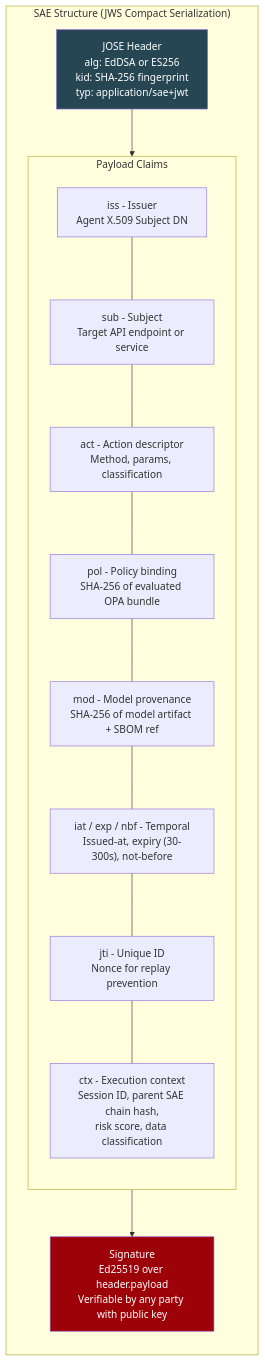
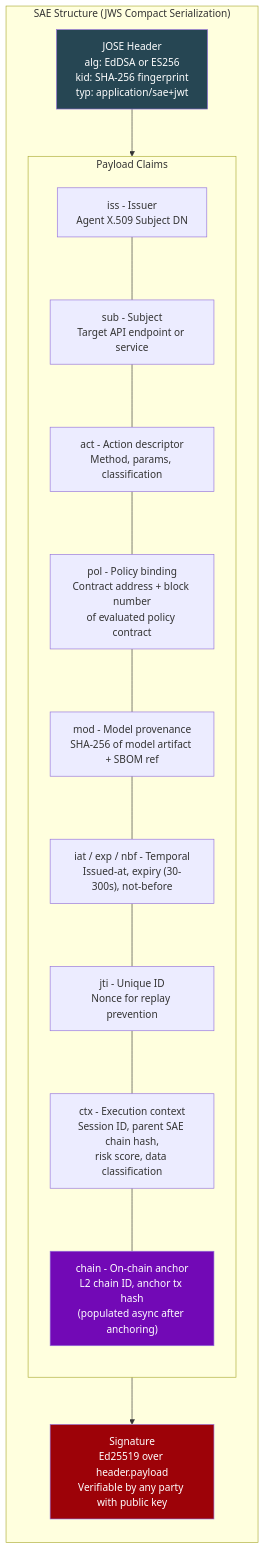
The seventh of 13 diagrams in cryptographic-trust-layer-thesis.md (kjayashr/cryptographic-trust-layer), drawn with Mermaid before and after one commit. The commit also changed other lines of this file, not shown here.

First line of the commit message:
Rewrite architecture to smart contract-based enforcement on Ethereum L2

````diff
--- a/cryptographic-trust-layer-thesis.md
+++ b/cryptographic-trust-layer-thesis.md
@@ -300,28 +319,30 @@
 ```mermaid
 graph TB
     subgraph "SAE Structure (JWS Compact Serialization)"
         direction TB
         HEADER["JOSE Header<br/>alg: EdDSA or ES256<br/>kid: SHA-256 fingerprint<br/>typ: application/sae+jwt"]
 
         subgraph "Payload Claims"
             direction TB
             C1["iss - Issuer<br/>Agent X.509 Subject DN"]
             C2["sub - Subject<br/>Target API endpoint or service"]
             C3["act - Action descriptor<br/>Method, params, classification"]
-            C4["pol - Policy binding<br/>SHA-256 of evaluated OPA bundle"]
+            C4["pol - Policy binding<br/>Contract address + block number<br/>of evaluated policy contract"]
             C5["mod - Model provenance<br/>SHA-256 of model artifact + SBOM ref"]
             C6["iat / exp / nbf - Temporal<br/>Issued-at, expiry (30-300s), not-before"]
             C7["jti - Unique ID<br/>Nonce for replay prevention"]
             C8["ctx - Execution context<br/>Session ID, parent SAE chain hash,<br/>risk score, data classification"]
+            C9["chain - On-chain anchor<br/>L2 chain ID, anchor tx hash<br/>(populated async after anchoring)"]
         end
 
         SIG["Signature<br/>Ed25519 over header.payload<br/>Verifiable by any party with public key"]
     end
 
     HEADER --> C1
-    C1 --- C2 --- C3 --- C4 --- C5 --- C6 --- C7 --- C8
-    C8 --> SIG
+    C1 --- C2 --- C3 --- C4 --- C5 --- C6 --- C7 --- C8 --- C9
+    C9 --> SIG
 
     style HEADER fill:#264653,color:#fff
     style SIG fill:#9d0208,color:#fff
+    style C9 fill:#7209b6,color:#fff
 ```
````
